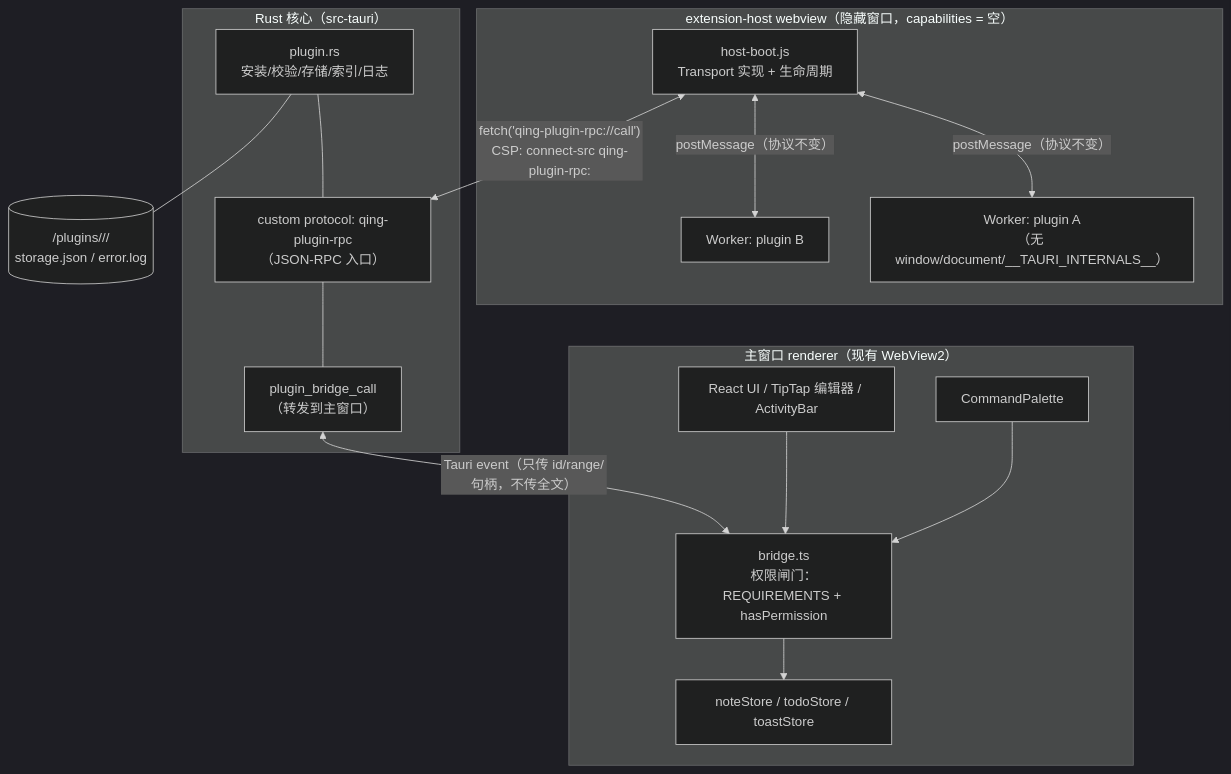
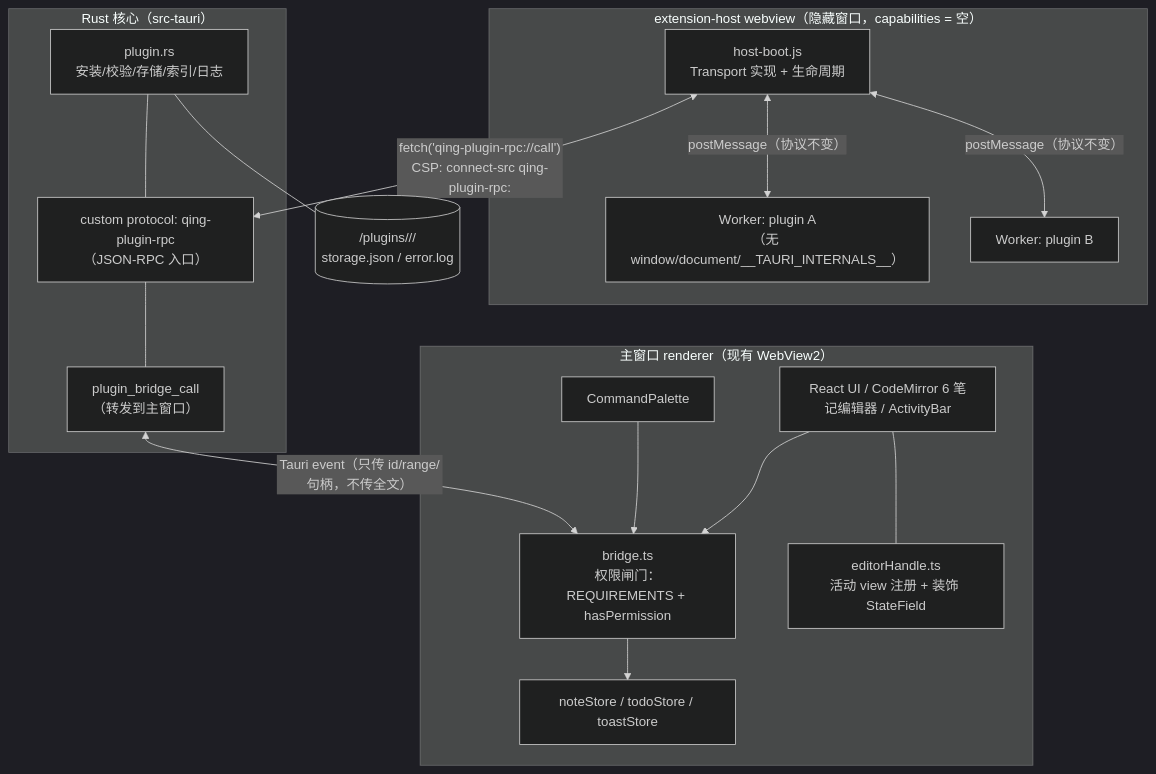
Before and after one commit to PyTs1n9/Qing-Notepad: the diagram in docs/analysis-extension-host.md, drawn with Mermaid (dark theme). The commit also changed other lines of this file, not shown here.

````diff
--- a/docs/analysis-extension-host.md
+++ b/docs/analysis-extension-host.md
@@ -87,32 +94,34 @@
 ```mermaid
 flowchart TB
   subgraph MAIN["主窗口 renderer（现有 WebView2）"]
-    UI["React UI / TipTap 编辑器 / ActivityBar"]
+    UI["React UI / CodeMirror 6 笔记编辑器 / ActivityBar"]
     CP["CommandPalette"]
     BR["bridge.ts<br/>权限闸门：REQUIREMENTS + hasPermission"]
+    EH2["editorHandle.ts<br/>活动 view 注册 + 装饰 StateField"]
     NS["noteStore / todoStore / toastStore"]
     UI --> BR
+    UI --- EH2
     CP --> BR
     BR --> NS
   end
 
   subgraph EH["extension-host webview（隐藏窗口，capabilities = 空）"]
     BOOT["host-boot.js<br/>Transport 实现 + 生命周期"]
     W1["Worker: plugin A<br/>（无 window/document/__TAURI_INTERNALS__）"]
     W2["Worker: plugin B"]
     BOOT <-->|"postMessage（协议不变）"| W1
     BOOT <-->|"postMessage（协议不变）"| W2
   end
 
   subgraph RUST["Rust 核心（src-tauri）"]
-    PM["plugin.rs<br/>安装/校验/存储/索引/日志"]
+    PL["plugin.rs<br/>安装/校验/存储/索引/日志"]
     RP["custom protocol: qing-plugin-rpc<br/>（JSON-RPC 入口）"]
     BRG["plugin_bridge_call<br/>（转发到主窗口）"]
-    PM --- RP
+    PL --- RP
     RP --- BRG
   end
 
   BOOT <-->|"fetch('qing-plugin-rpc://call')<br/>CSP: connect-src qing-plugin-rpc:"| RP
   BRG <-->|"Tauri event（只传 id/range/句柄，不传全文）"| BR
-  PM --- DISK[("<data>/plugins/<id>/<version>/<br/>storage.json / error.log")]
+  PL --- DISK[("<data>/plugins/<id>/<version>/<br/>storage.json / error.log")]
 ```
````
